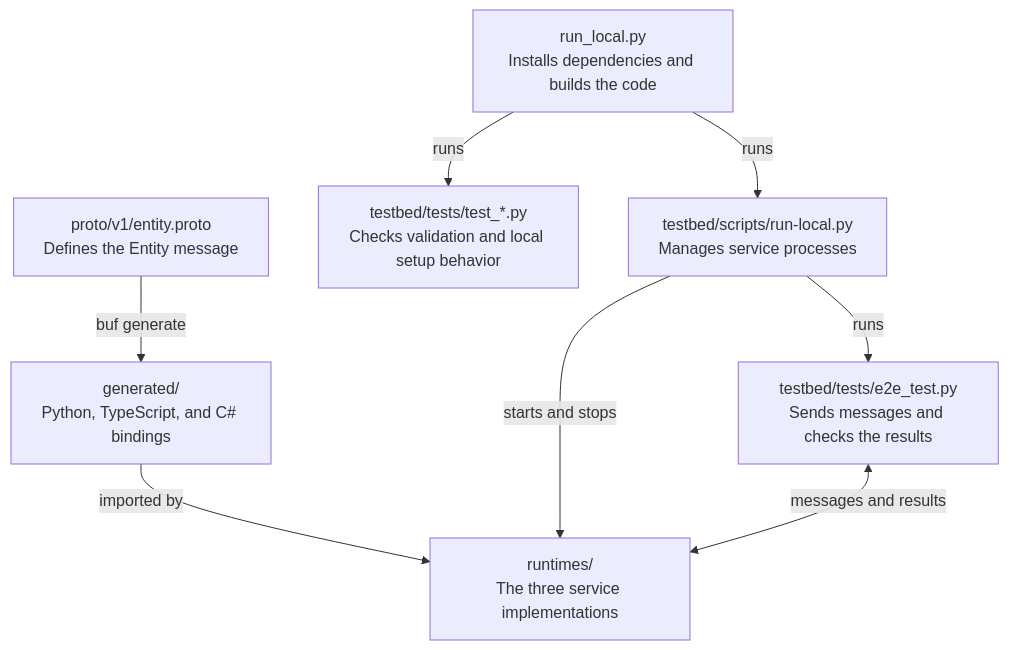
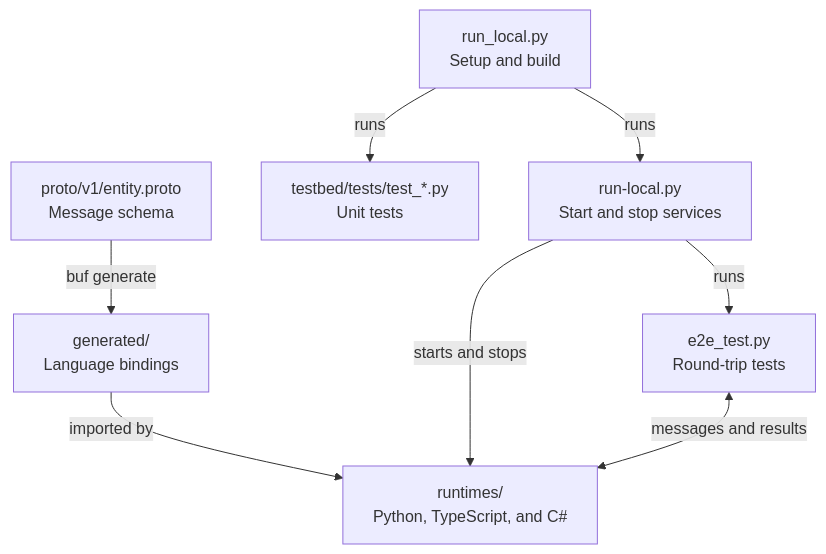
Before and after one commit to rschreiber95/schema-sentinel: the first of 2 diagrams in README.md, drawn with Mermaid. The commit also changed other lines of this file, not shown here.

Commit message:
Keep diagram labels short and readable

````diff
--- a/README.md
+++ b/README.md
@@ -70,18 +70,18 @@
 ```mermaid
 flowchart TD
-    schema["proto/v1/entity.proto<br/>Defines the Entity message"]
-    bindings["generated/<br/>Python, TypeScript, and C# bindings"]
-    services["runtimes/<br/>The three service implementations"]
-    launcher["run_local.py<br/>Installs dependencies and builds the code"]
-    unit["testbed/tests/test_*.py<br/>Checks validation and local setup behavior"]
-    runner["testbed/scripts/run-local.py<br/>Manages service processes"]
-    integration["testbed/tests/e2e_test.py<br/>Sends messages and checks the results"]
+    schema["proto/v1/entity.proto<br/>Message schema"]
+    bindings["generated/<br/>Language bindings"]
+    services["runtimes/<br/>Python, TypeScript, and C#"]
+    launcher["run_local.py<br/>Setup and build"]
+    unit["testbed/tests/test_*.py<br/>Unit tests"]
+    runner["run-local.py<br/>Start and stop services"]
+    integration["e2e_test.py<br/>Round-trip tests"]
 
     schema -->|buf generate| bindings
     bindings -->|imported by| services
     launcher -->|runs| unit
     launcher -->|runs| runner
     runner -->|starts and stops| services
     runner -->|runs| integration
     integration <-->|messages and results| services
 ```
````
